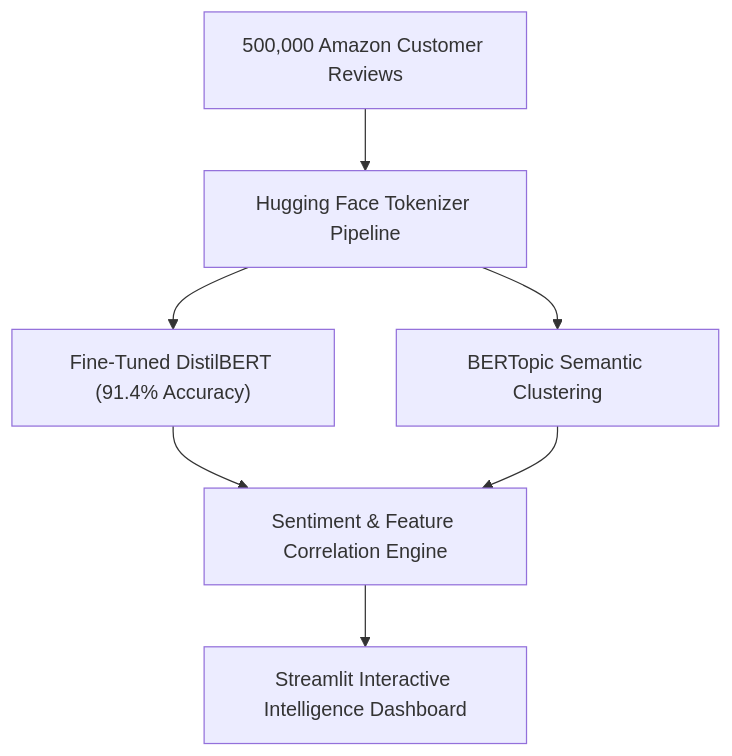
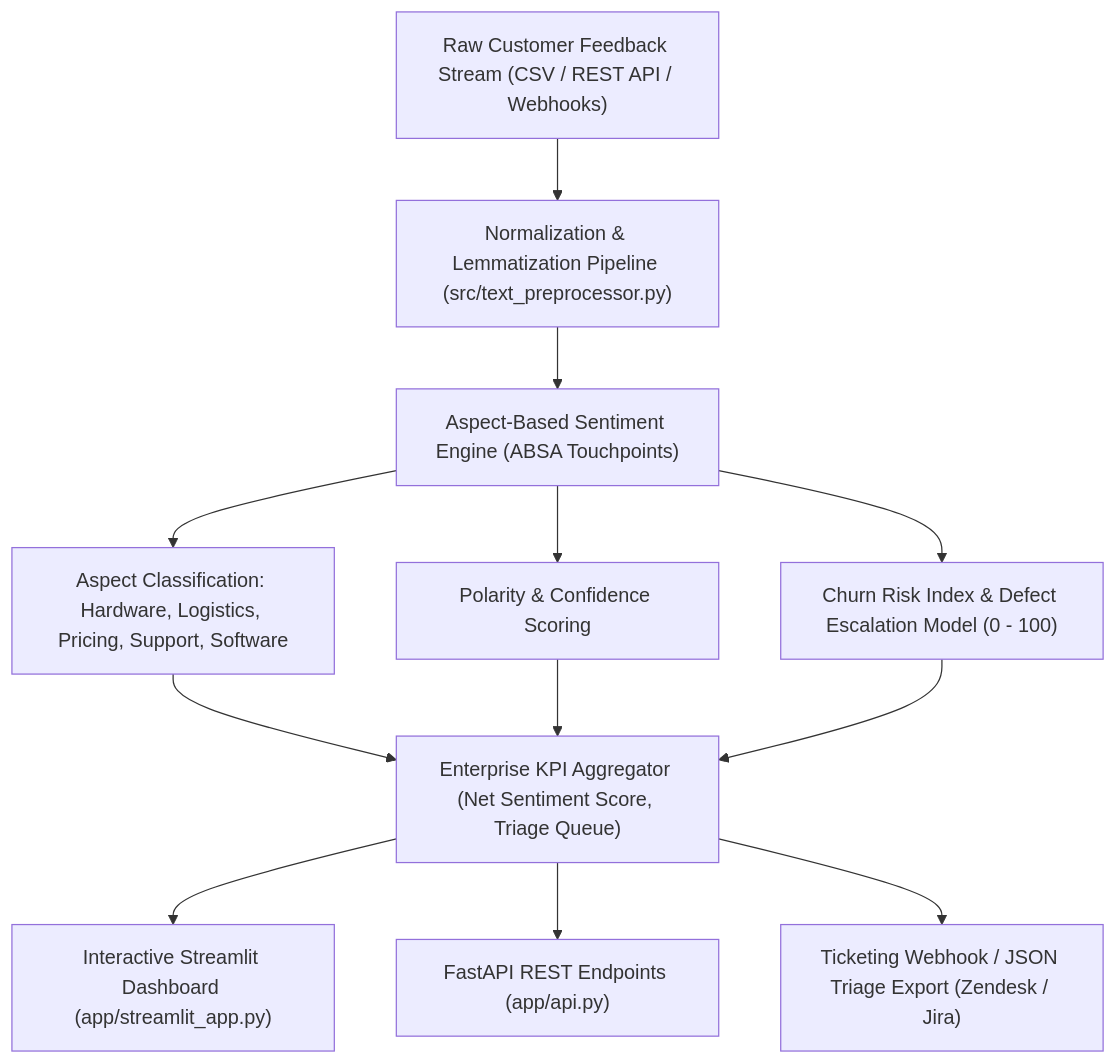
One commit to MuhammadMinhaj229/nlp-review-intelligence changed the diagram in README.md. Above: the diagram before and after it, drawn with Mermaid. The commit also changed other lines of this file and 8 other files, not shown here.

Commit message:
feat(voc): upgrade to enterprise aspect-based sentiment analysis and churn risk triage engine

````diff
--- a/README.md
+++ b/README.md
@@ -20,9 +16,16 @@
 ```mermaid
 flowchart TD
-    Corpus["500,000 Amazon Customer Reviews"] --> Tokenizer["Hugging Face Tokenizer Pipeline"]
-    Tokenizer --> Sentiment["Fine-Tuned DistilBERT (91.4% Accuracy)"]
-    Tokenizer --> Topics["BERTopic Semantic Clustering"]
-    Sentiment --> Aggregator["Sentiment & Feature Correlation Engine"]
-    Topics --> Aggregator
-    Aggregator --> Streamlit["Streamlit Interactive Intelligence Dashboard"]
+    Ingest["Raw Customer Feedback Stream (CSV / REST API / Webhooks)"] --> Preprocessor["Normalization & Lemmatization Pipeline (src/text_preprocessor.py)"]
+    Preprocessor --> ABSA["Aspect-Based Sentiment Engine (ABSA Touchpoints)"]
+    ABSA --> Aspects["Aspect Classification: Hardware, Logistics, Pricing, Support, Software"]
+    ABSA --> Sentiment["Polarity & Confidence Scoring"]
+    ABSA --> Churn["Churn Risk Index & Defect Escalation Model (0 - 100)"]
+    
+    Aspects --> Aggregator["Enterprise KPI Aggregator (Net Sentiment Score, Triage Queue)"]
+    Sentiment --> Aggregator
+    Churn --> Aggregator
+    
+    Aggregator --> Dashboard["Interactive Streamlit Dashboard (app/streamlit_app.py)"]
+    Aggregator --> API["FastAPI REST Endpoints (app/api.py)"]
+    Aggregator --> Export["Ticketing Webhook / JSON Triage Export (Zendesk / Jira)"]
 ```
````
